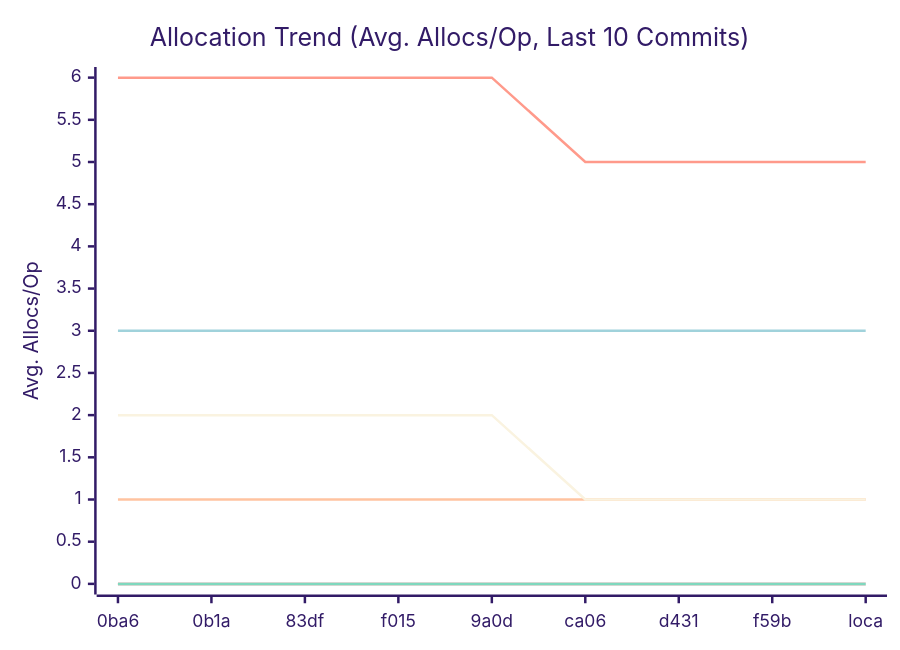
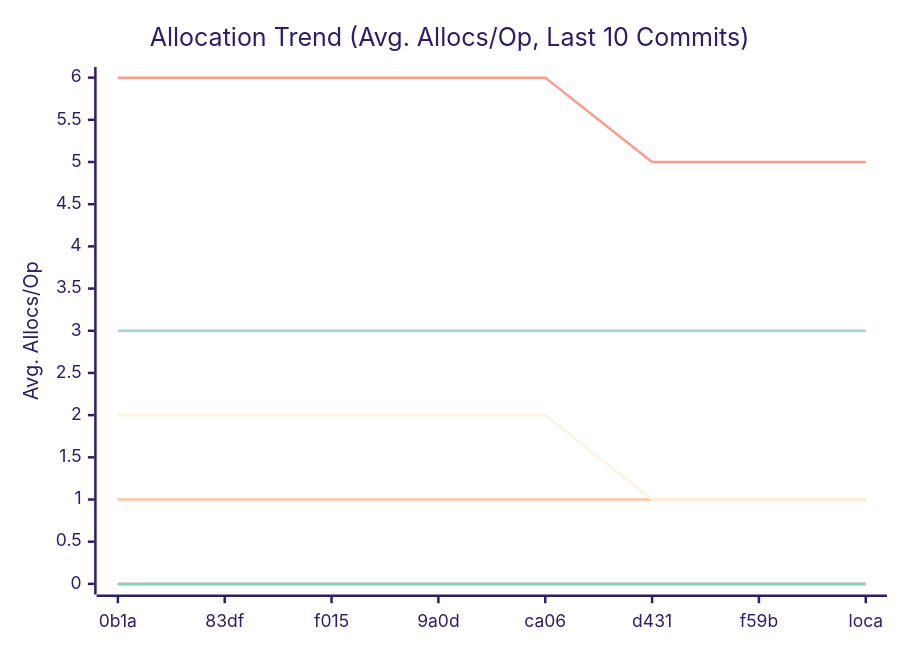
Before and after one commit to alsotoes/momo: the third of 3 diagrams in docs/PERFORMANCE.md, drawn with Mermaid (forest theme). The commit also changed other lines of this file and 3 other files, not shown here.

````diff
--- a/docs/PERFORMANCE.md
+++ b/docs/PERFORMANCE.md
@@ -114,16 +114,16 @@
 ```mermaid
 xychart-beta
     title "Allocation Trend (Avg. Allocs/Op, Last 10 Commits)"
     x-axis "Commit"
     y-axis "Avg. Allocs/Op"
-    x-axis [0ba6,0b1a,83df,f015,9a0d,ca06,d431,f59b,loca]
+    x-axis [0b1a,83df,f015,9a0d,ca06,d431,f59b,loca]
     line "CheckMetricsAndSwap" [0,0,0,0,0,0,0,0,0,0]
     line "CrushOptimized" [0,0,0,0,0,0,0,0,0,0]
     line "CrushOriginal" [3,3,3,3,3,3,3,3,3,3]
     line "IndexDirectTracking" [0,0,0,0,0,0,0,0,0,0]
     line "IndexSearch" [0,0,0,0,0,0,0,0,0,0]
     line "LoadGlobalConfig" [1,1,1,1,1,1,1,1,1,1]
     line "PadString" [0,0,0,0,0,0,0,0,0,0]
     line "ParseReplicationOrder_NoPrealloc" [6,6,6,6,6,5,5,5,5,5]
     line "ParseReplicationOrder_Prealloc" [2,2,2,2,2,1,1,1,1,1]
 ```
````
